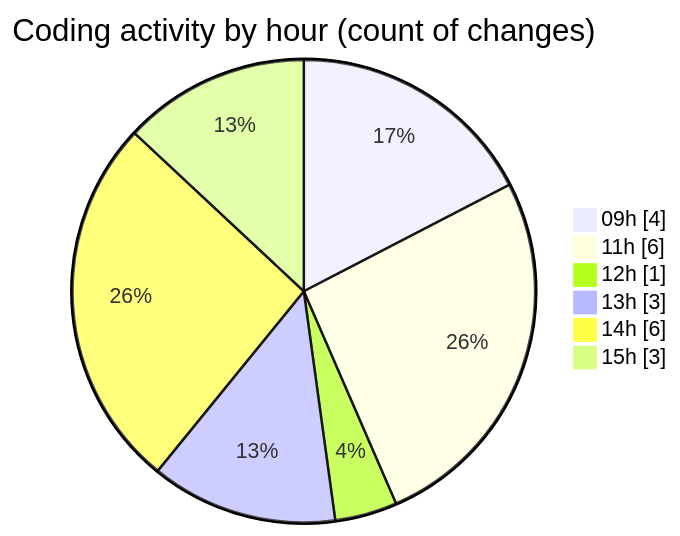
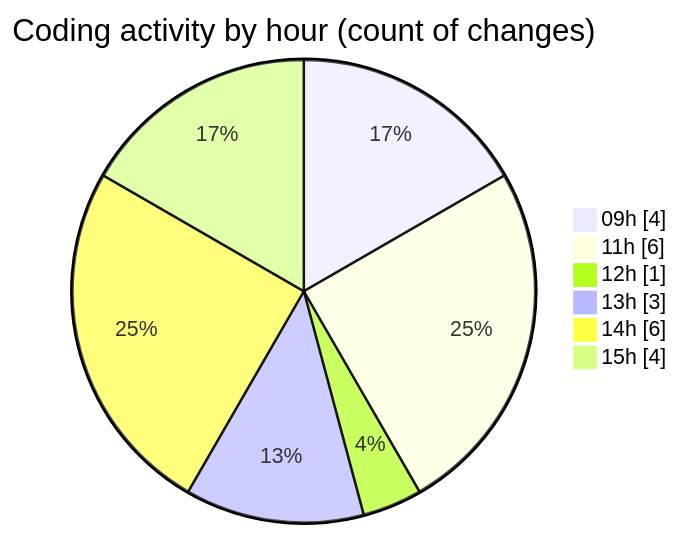
The second of 2 diagrams in 2026-02-24/cilapp/README.md (ricardozamudiocil/code-tracking), drawn with Mermaid before and after one commit. The commit also changed other lines of this file and 1 other file, not shown here.

````diff
--- a/2026-02-24/cilapp/README.md
+++ b/2026-02-24/cilapp/README.md
@@ -35,10 +36,10 @@
 ```mermaid
 pie showData
 title Coding activity by hour (count of changes)
 "09h" : 4
 "11h" : 6
 "12h" : 1
 "13h" : 3
 "14h" : 6
-"15h" : 3
+"15h" : 4
 ```
````
